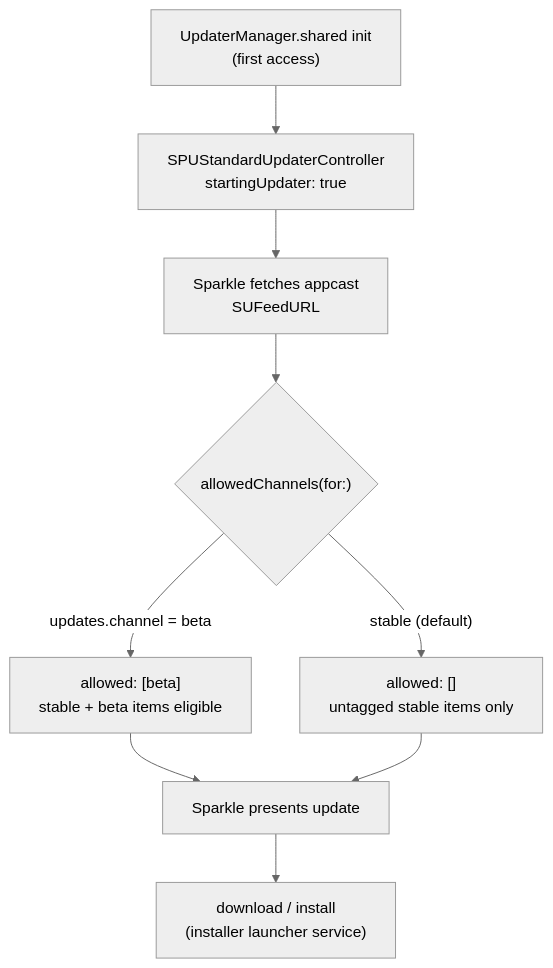
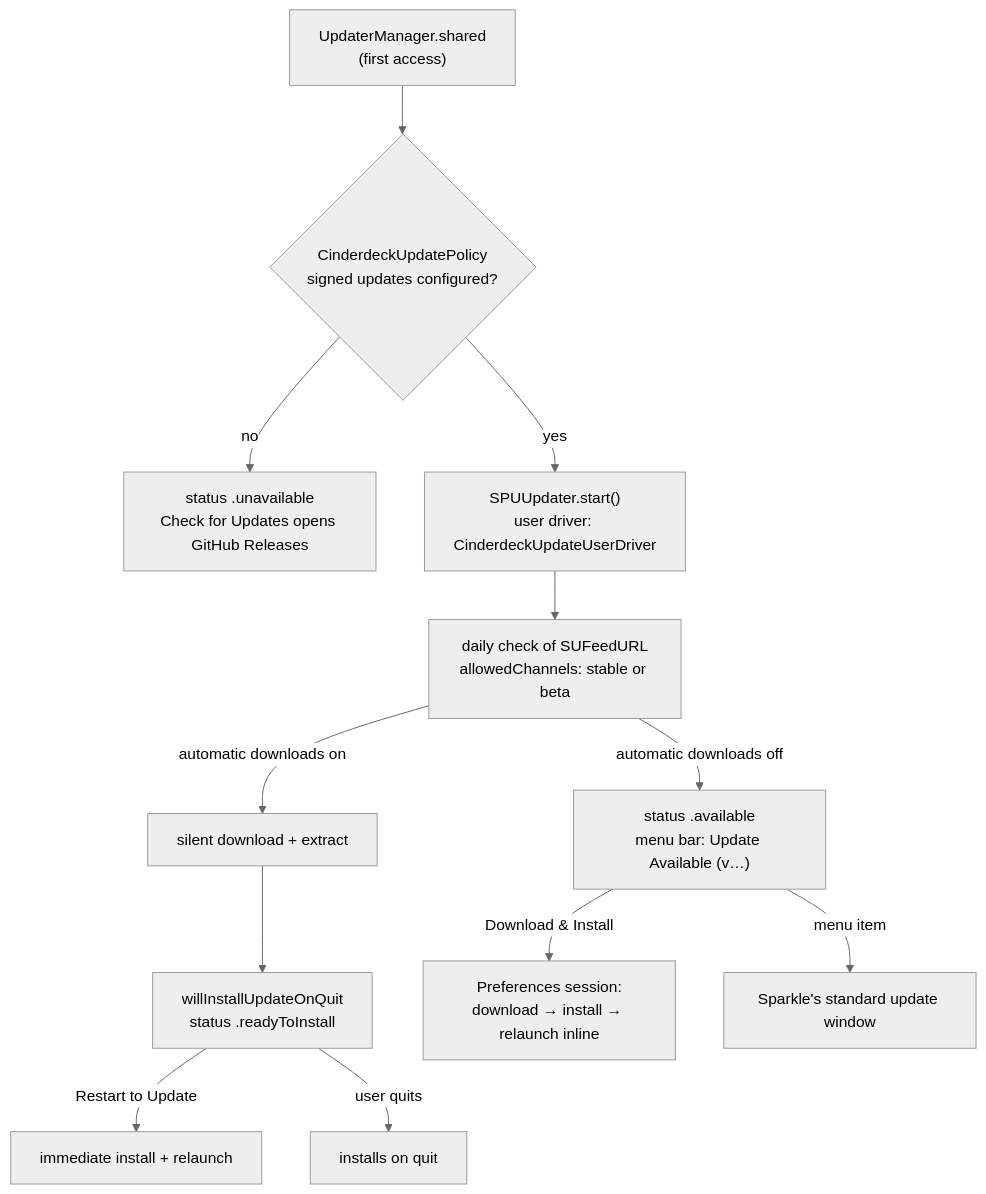
Before and after one commit to RyanCardin15/Cinderdeck: the first of 2 diagrams in docs/UPDATES.md, drawn with Mermaid (neutral theme). The commit also changed other lines of this file and 32 other files, not shown here.

First line of the commit message:
Make automatic updates and in-app installs work end to end

````diff
--- a/docs/UPDATES.md
+++ b/docs/UPDATES.md
@@ -11,11 +11,14 @@
 ```mermaid
 flowchart TD
-    A["UpdaterManager.shared init<br/>(first access)"] --> B["SPUStandardUpdaterController<br/>startingUpdater: true"]
-    B --> C["Sparkle fetches appcast<br/>SUFeedURL"]
-    C --> D{"allowedChannels(for:)"}
-    D -- "updates.channel = beta" --> E["allowed: [beta]<br/>stable + beta items eligible"]
-    D -- "stable (default)" --> F["allowed: []<br/>untagged stable items only"]
-    E --> G["Sparkle presents update"]
-    F --> G
-    G --> H["download / install<br/>(installer launcher service)"]
+    A["UpdaterManager.shared<br/>(first access)"] --> B{"CinderdeckUpdatePolicy<br/>signed updates configured?"}
+    B -- no --> U["status .unavailable<br/>Check for Updates opens GitHub Releases"]
+    B -- yes --> C["SPUUpdater.start()<br/>user driver: CinderdeckUpdateUserDriver"]
+    C --> D["daily check of SUFeedURL<br/>allowedChannels: stable or beta"]
+    D -- "automatic downloads on" --> E["silent download + extract"]
+    E --> F["willInstallUpdateOnQuit<br/>status .readyToInstall"]
+    F -- "Restart to Update" --> G["immediate install + relaunch"]
+    F -- "user quits" --> H["installs on quit"]
+    D -- "automatic downloads off" --> I["status .available<br/>menu bar: Update Available (v…)"]
+    I -- "Download & Install" --> J["Preferences session:<br/>download → install → relaunch inline"]
+    I -- "menu item" --> K["Sparkle's standard update window"]
 ```
````
